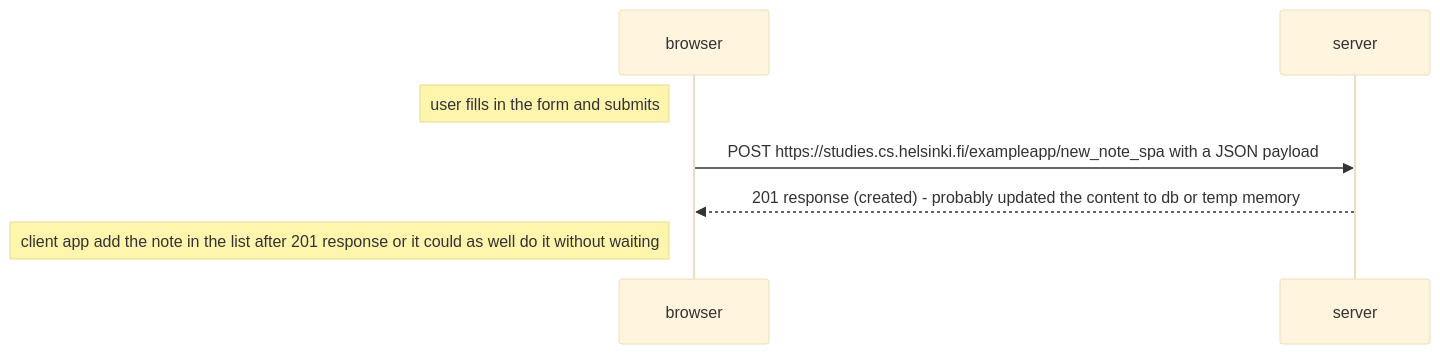
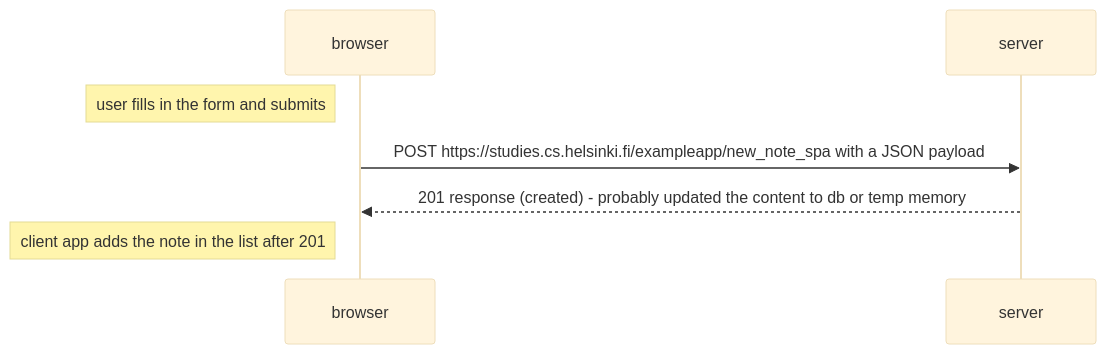
One commit to gdedany/fullstack-open changed the diagram in part0/exercise6.md. Above: the diagram before and after it, drawn with Mermaid (base theme).

````diff
--- a/part0/exercise6.md
+++ b/part0/exercise6.md
@@ -1,10 +1,10 @@
 ```mermaid
 sequenceDiagram
   participant browser 
   participant server
 
   Note left of browser: user fills in the form and submits
   browser->>server: POST https://studies.cs.helsinki.fi/exampleapp/new_note_spa with a JSON payload
   server-->>browser: 201 response (created) - probably updated the content to db or temp memory
-  Note left of browser: client app add the note in the list after 201 response or it could as well do it without waiting
+  Note left of browser: client app adds the note in the list after 201 
 ```
````
